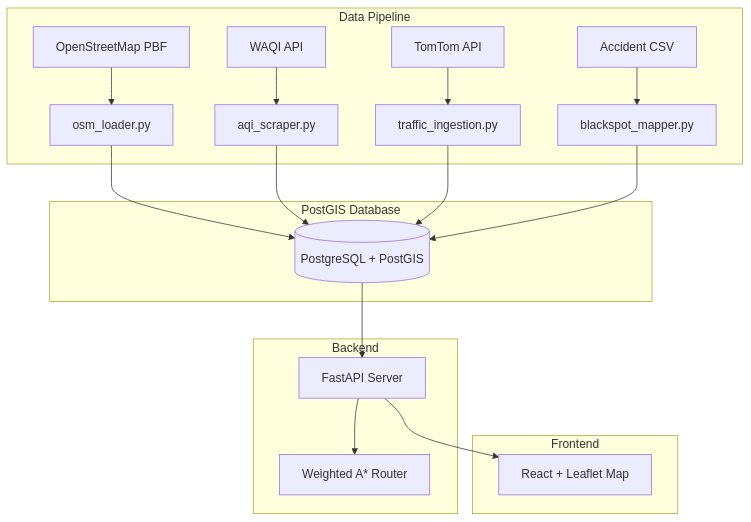
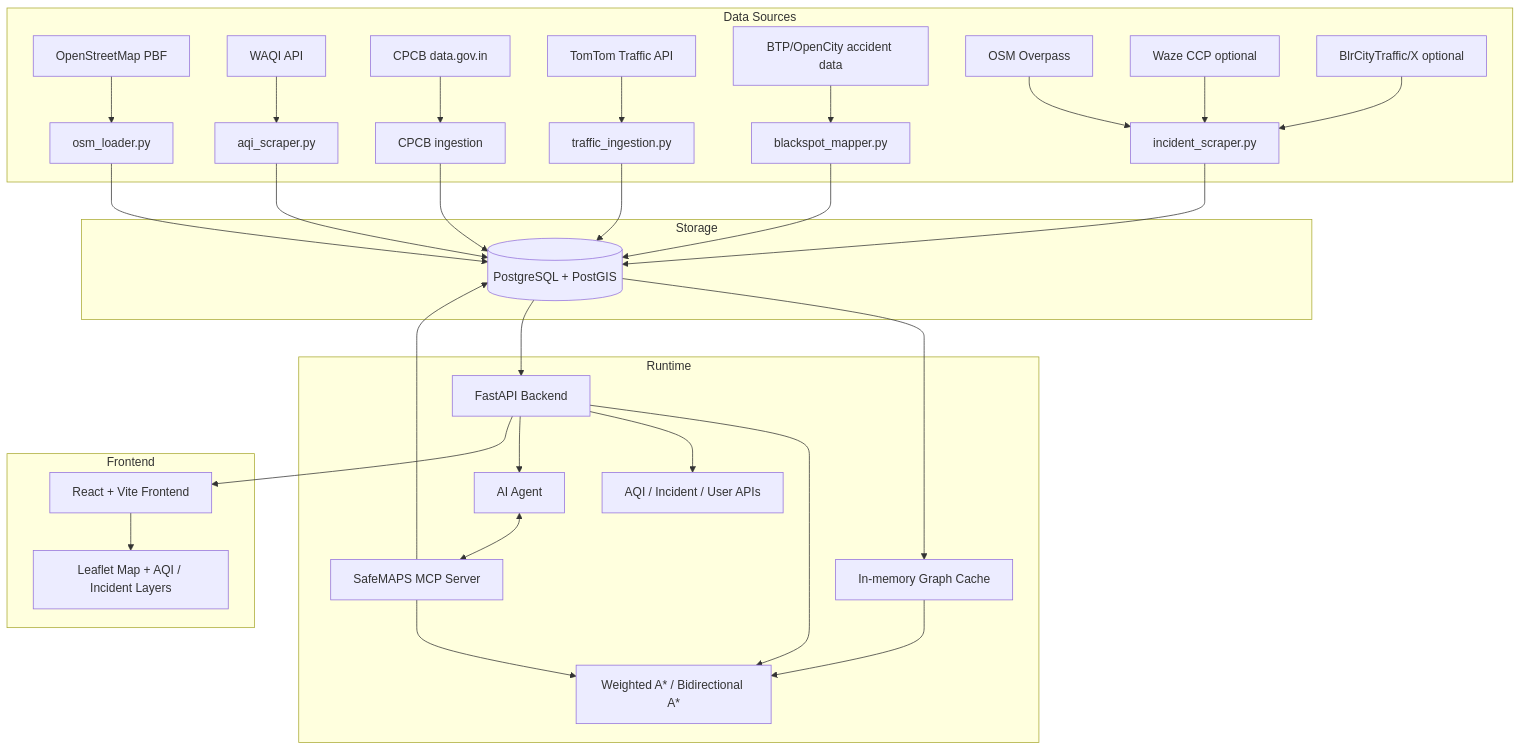
Before and after one commit to Christen24/safeMAPS: the first of 4 diagrams in README.md, drawn with Mermaid. The commit also changed other lines of this file, not shown here.

First line of the commit message:
Revise README for SafeMAPS project details

````diff
--- a/README.md
+++ b/README.md
@@ -7,25 +32,39 @@
 ```mermaid
 graph TB
-    subgraph Data Pipeline
+    subgraph Data Sources
         OSM[OpenStreetMap PBF] --> Loader[osm_loader.py]
         WAQI[WAQI API] --> AQI[aqi_scraper.py]
-        TomTom[TomTom API] --> Traffic[traffic_ingestion.py]
-        CSV[Accident CSV] --> Blackspot[blackspot_mapper.py]
+        CPCB[CPCB data.gov.in] --> CPCBIngest[CPCB ingestion]
+        TomTom[TomTom Traffic API] --> Traffic[traffic_ingestion.py]
+        BTP[BTP/OpenCity accident data] --> Blackspot[blackspot_mapper.py]
+        OSMInc[OSM Overpass] --> Incidents[incident_scraper.py]
+        Waze[Waze CCP optional] --> Incidents
+        X[BlrCityTraffic/X optional] --> Incidents
     end
 
-    subgraph PostGIS Database
+    subgraph Storage
         Loader --> DB[(PostgreSQL + PostGIS)]
         AQI --> DB
+        CPCBIngest --> DB
         Traffic --> DB
         Blackspot --> DB
+        Incidents --> DB
     end
 
-    subgraph Backend
-        DB --> FastAPI[FastAPI Server]
-        FastAPI --> Router[Weighted A* Router]
+    subgraph Runtime
+        DB --> Cache[In-memory Graph Cache]
+        Cache --> Router[Weighted A* / Bidirectional A*]
+        DB --> FastAPI[FastAPI Backend]
+        FastAPI --> Router
+        FastAPI --> AQIAPI[AQI / Incident / User APIs]
+        FastAPI --> AI[AI Agent]
+        AI <--> MCP[SafeMAPS MCP Server]
+        MCP --> Router
+        MCP --> DB
     end
 
     subgraph Frontend
-        FastAPI --> Map[React + Leaflet Map]
+        FastAPI --> React[React + Vite Frontend]
+        React --> Map[Leaflet Map + AQI / Incident Layers]
     end
 ```
````
